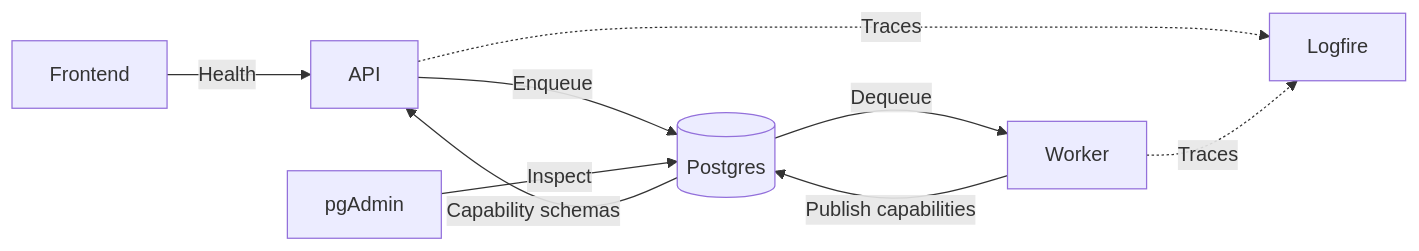
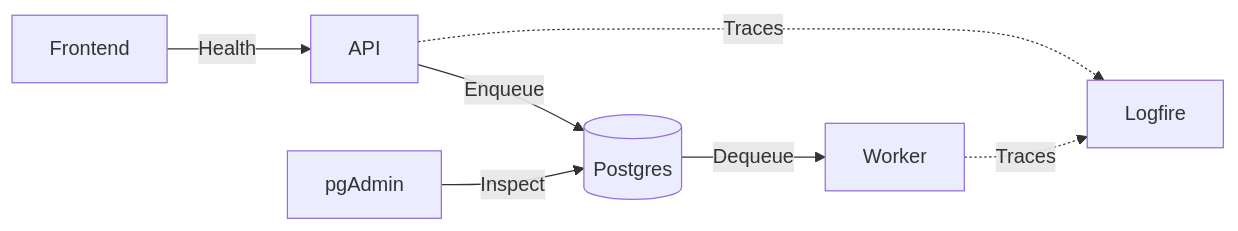
One commit to matescharnitzky/pydantic-agora changed the diagram in docs/architecture.md. Above: the diagram before and after it, drawn with Mermaid. The commit also changed other lines of this file and 1 other file, not shown here.

````diff
--- a/docs/architecture.md
+++ b/docs/architecture.md
@@ -5,11 +5,9 @@
 ```mermaid
 flowchart LR
     Frontend["Frontend"] -->|Health| API["API"]
     API -->|Enqueue| Postgres[("Postgres")]
     Postgres -->|Dequeue| Worker["Worker"]
-    Worker -->|Publish capabilities| Postgres
-    Postgres -->|Capability schemas| API
     pgAdmin -->|Inspect| Postgres
     API -.->|Traces| Logfire["Logfire"]
     Worker -.->|Traces| Logfire
 ```
````
